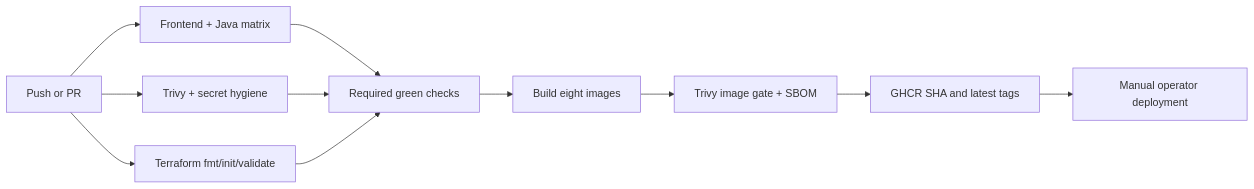
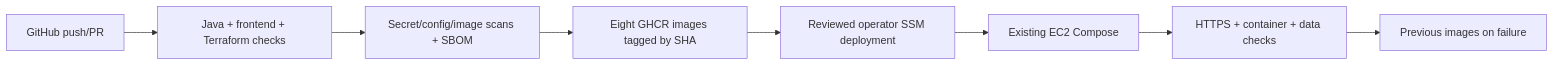
One commit to sakti69-cssoft/ShopSphere-Cloud-Native-ECommerce changed the second of 2 diagrams in README.md. Above: the diagram before and after it, drawn with Mermaid. The commit also changed other lines of this file and 5 other files, not shown here.

````diff
--- a/README.md
+++ b/README.md
@@ -96,13 +52,10 @@
 ```mermaid
 flowchart LR
-  Change[Push or PR] --> CI[Frontend + Java matrix]
-  Change --> Security[Trivy + secret hygiene]
-  Change --> IaC[Terraform fmt/init/validate]
-  CI --> Gate[Required green checks]
-  Security --> Gate
-  IaC --> Gate
-  Gate --> Build[Build eight images]
-  Build --> ImageScan[Trivy image gate + SBOM]
-  ImageScan --> GHCR[GHCR SHA and latest tags]
-  GHCR --> Manual[Manual operator deployment]
+  Git[GitHub push/PR] --> CI[Java + frontend + Terraform checks]
+  CI --> Scan[Secret/config/image scans + SBOM]
+  Scan --> Registry[Eight GHCR images tagged by SHA]
+  Registry --> SSM[Reviewed operator SSM deployment]
+  SSM --> Compose[Existing EC2 Compose]
+  Compose --> Health[HTTPS + container + data checks]
+  Health --> Rollback[Previous images on failure]
 ```
````
